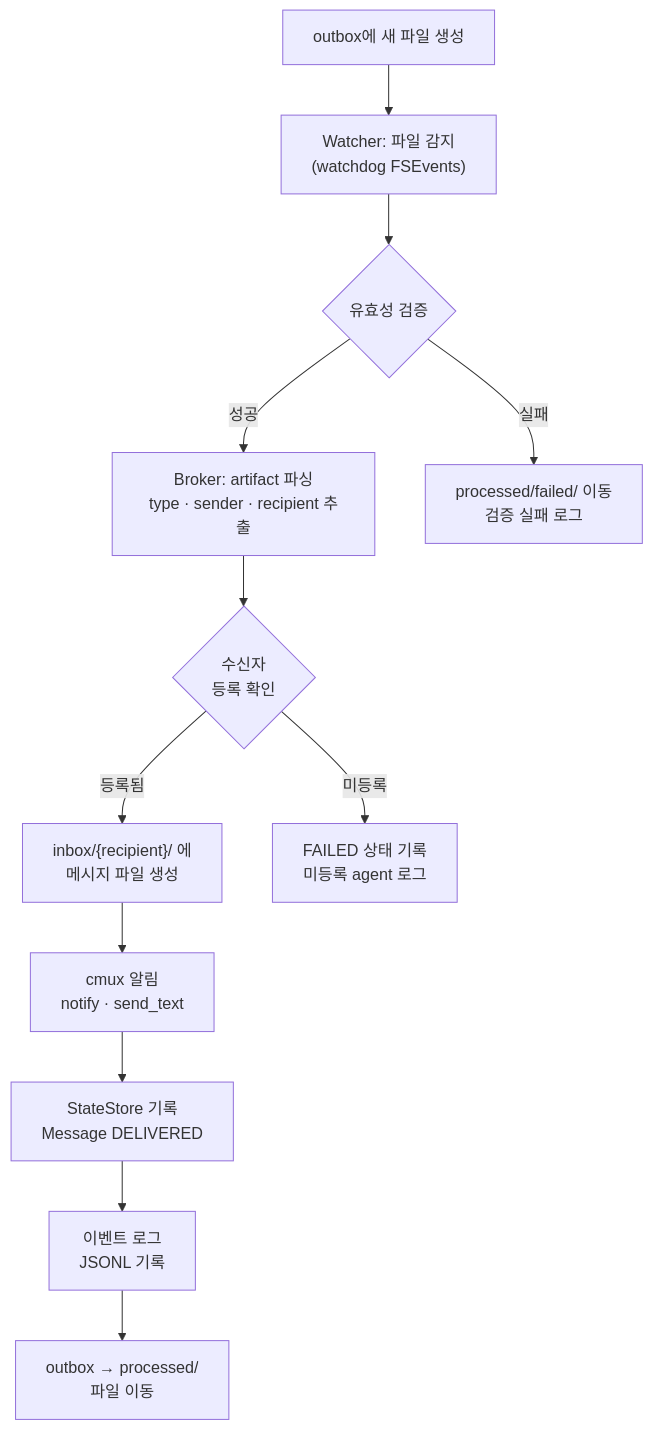
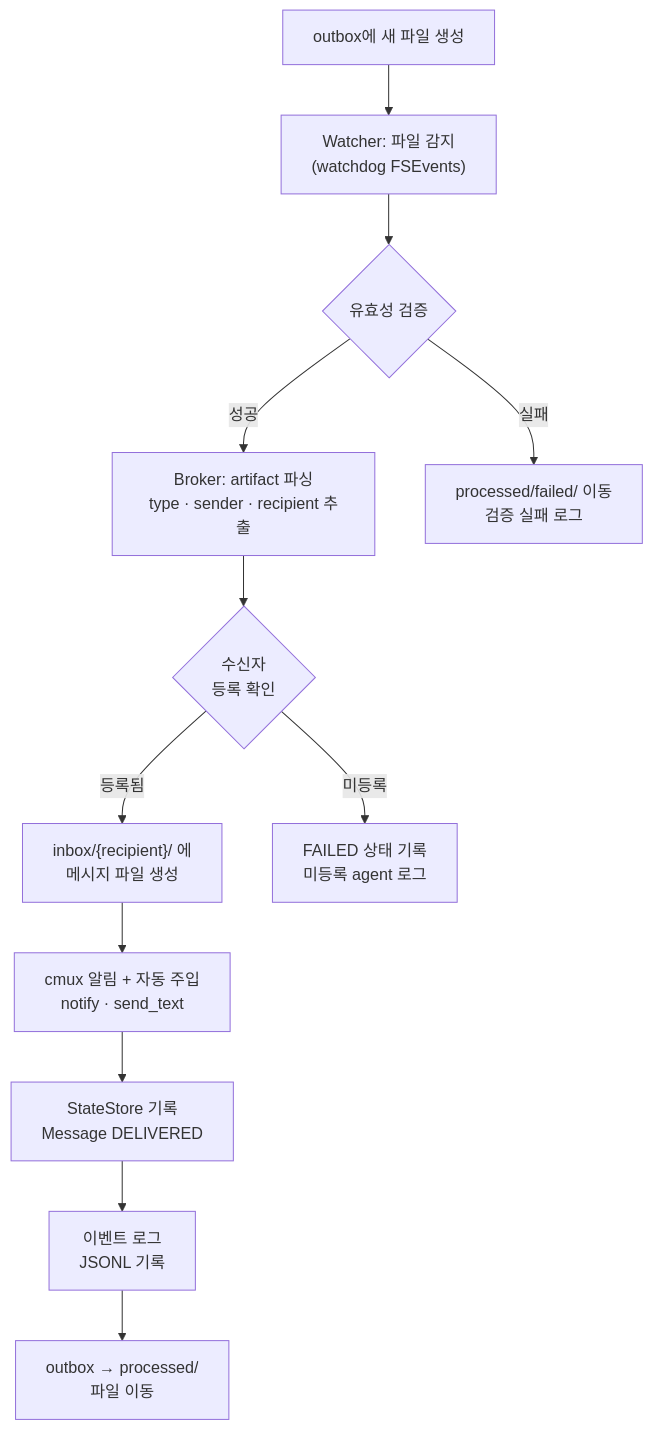
Before and after one commit to ttalkkag/cmux-agent: the eighth of 11 diagrams in docs/00-overview.md, drawn with Mermaid. The commit also changed other lines of this file and 5 other files, not shown here.

````diff
--- a/docs/00-overview.md
+++ b/docs/00-overview.md
@@ -229,21 +223,21 @@
 ```mermaid
 flowchart TD
     START["outbox에 새 파일 생성"]
     DETECT["Watcher: 파일 감지<br/>(watchdog FSEvents)"]
     VALIDATE{"유효성 검증"}
     PARSE["Broker: artifact 파싱<br/>type · sender · recipient 추출"]
     ROUTE{"수신자<br/>등록 확인"}
     DELIVER["inbox/{recipient}/ 에<br/>메시지 파일 생성"]
-    NOTIFY["cmux 알림<br/>notify · send_text"]
+    NOTIFY["cmux 알림 + 자동 주입<br/>notify · send_text"]
     RECORD["StateStore 기록<br/>Message DELIVERED"]
     EVENT["이벤트 로그<br/>JSONL 기록"]
     MOVE["outbox → processed/<br/>파일 이동"]
     FAIL_V["processed/failed/ 이동<br/>검증 실패 로그"]
     FAIL_R["FAILED 상태 기록<br/>미등록 agent 로그"]
 
     START --> DETECT --> VALIDATE
     VALIDATE -->|성공| PARSE --> ROUTE
     VALIDATE -->|실패| FAIL_V
     ROUTE -->|등록됨| DELIVER --> NOTIFY --> RECORD --> EVENT --> MOVE
     ROUTE -->|미등록| FAIL_R
 ```
````
